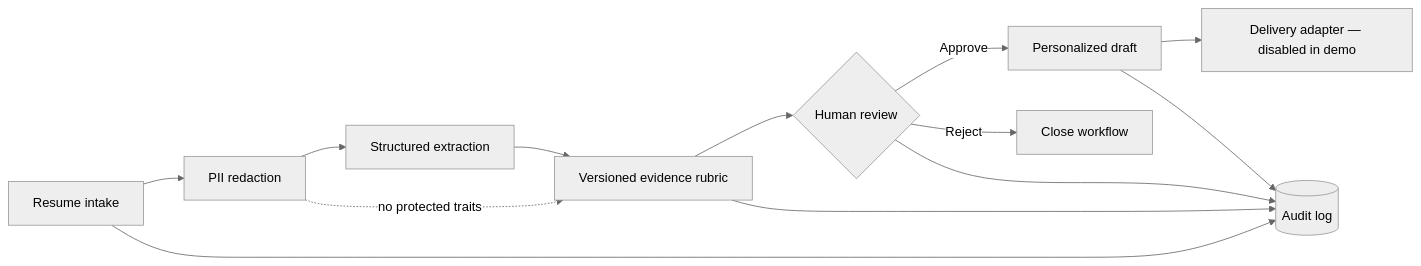
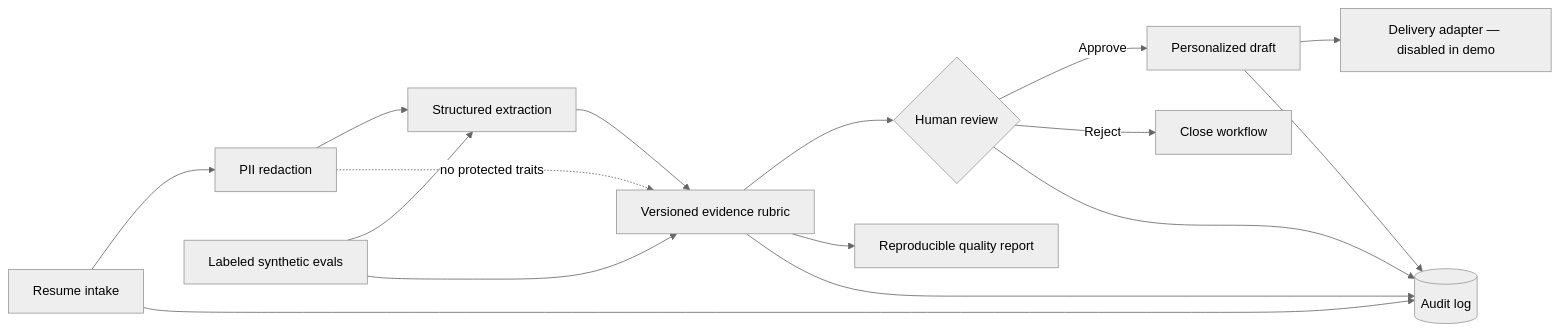
Before and after one commit to DEWARAJ/founderops-ai: the diagram in README.md, drawn with Mermaid (neutral theme). The commit also changed other lines of this file and 20 other files, not shown here.

````diff
--- a/README.md
+++ b/README.md
@@ -33,15 +44,18 @@
 ```mermaid
 flowchart LR
     A[Resume intake] --> B[PII redaction]
     B --> C[Structured extraction]
     C --> D[Versioned evidence rubric]
     D --> E{Human review}
     E -->|Approve| F[Personalized draft]
     E -->|Reject| G[Close workflow]
     F --> H[Delivery adapter — disabled in demo]
+    J[Labeled synthetic evals] --> C
+    J --> D
+    D --> K[Reproducible quality report]
     B -. no protected traits .-> D
     A --> I[(Audit log)]
     D --> I
     E --> I
     F --> I
 ```
````
